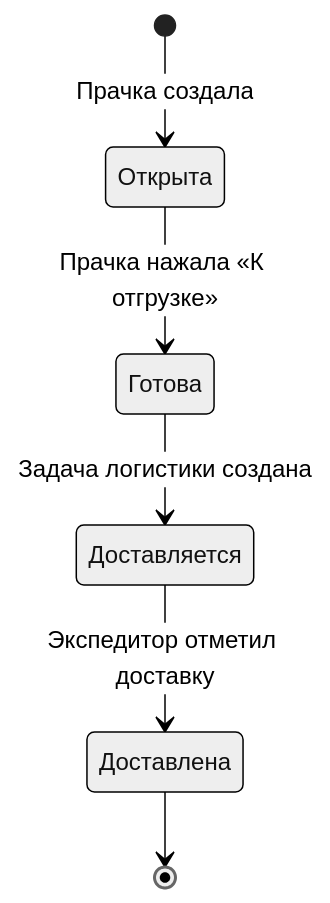
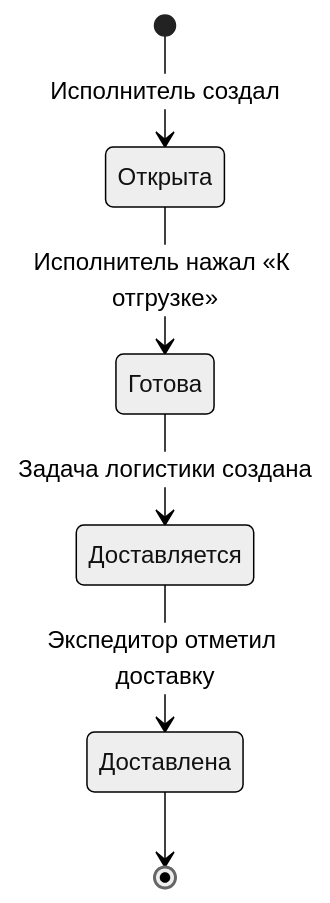
Before and after one commit to dmitry30/PROFLAUNDRY: the diagram in docs/business/reception.md, drawn with Mermaid (neutral theme). The commit also changed other lines of this file and 5 other files, not shown here.

````diff
--- a/docs/business/reception.md
+++ b/docs/business/reception.md
@@ -16,8 +16,8 @@
 ```mermaid
 stateDiagram-v2
-    [*] --> Открыта : Прачка создала
-    Открыта --> Готова : Прачка нажала «К отгрузке»
+    [*] --> Открыта : Исполнитель создал
+    Открыта --> Готова : Исполнитель нажал «К отгрузке»
     Готова --> Доставляется : Задача логистики создана
     Доставляется --> Доставлена : Экспедитор отметил доставку
     Доставлена --> [*]
 ```
````
